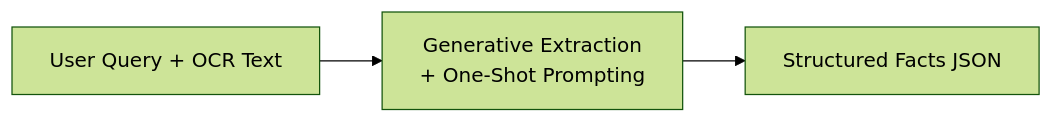
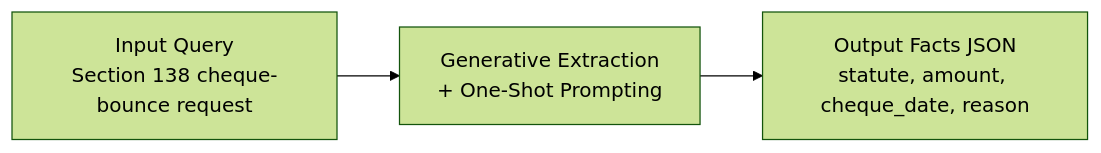
Before and after one commit to delisha02/droitdraft: the first of 8 diagrams in docs/implementation.md, drawn with Mermaid (forest theme). The commit also changed other lines of this file, not shown here.

Commit message:
Restructure 6.2 into algorithm-first query transformation steps

````diff
--- a/docs/implementation.md
+++ b/docs/implementation.md
@@ -64,5 +46,8 @@
 ```mermaid
 flowchart LR
-    Q["User Query + OCR Text"] --> EX["Generative Extraction\n+ One-Shot Prompting"]
-    EX --> F["Structured Facts JSON"]
+    Q["Input Query
+Section 138 cheque-bounce request"] --> EX["Generative Extraction
++ One-Shot Prompting"]
+    EX --> F["Output Facts JSON
+statute, amount, cheque_date, reason"]
 ```
````
